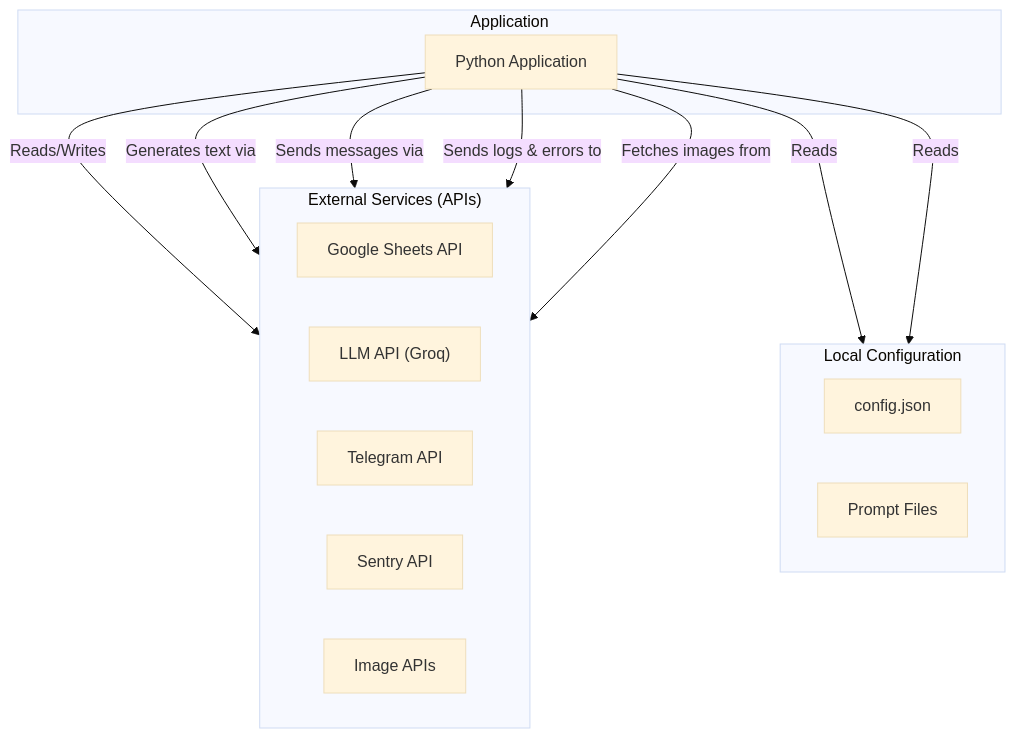
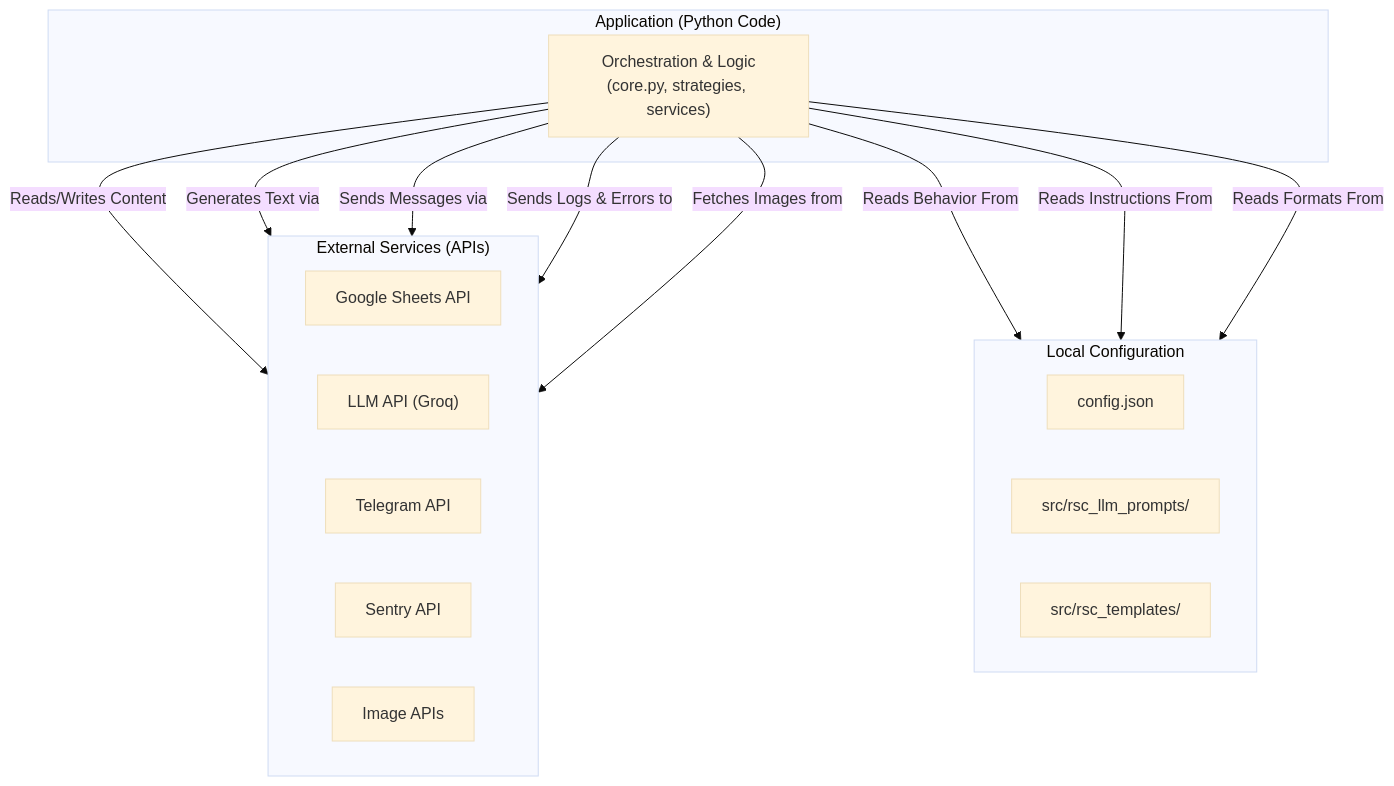
The first of 4 diagrams in docs/assets/bot_flow.md (OpenXFlow/PulserBot), drawn with Mermaid (base theme) before and after one commit. The commit also changed other lines of this file and 113 other files, not shown here.

First line of the commit message:
feat(architecture): Major refactor to Handler architecture and add new features

````diff
--- a/docs/assets/bot_flow.md
+++ b/docs/assets/bot_flow.md
@@ -22,29 +21,31 @@
 ```mermaid
 graph TD
-    subgraph "Application"
-        App["Python Application"]
+    subgraph "Application (Python Code)"
+        App["Orchestration & Logic<br>(core.py, strategies, services)"]
     end
 
     subgraph "Local Configuration"
         direction LR
         Config["config.json"]
-        Prompts["Prompt Files"]
+        Prompts["src/rsc_llm_prompts/"]
+        Templates["src/rsc_templates/"]
     end
 
     subgraph "External Services (APIs)"
         direction LR
         GSheets["Google Sheets API"]
         LLM["LLM API (Groq)"]
         Telegram["Telegram API"]
         Sentry["Sentry API"]
         Images["Image APIs"]
     end
 
-    App -- "Reads" --> Config
-    App -- "Reads" --> Prompts
-    App -- "Reads/Writes" --> GSheets
-    App -- "Generates text via" --> LLM
-    App -- "Sends messages via" --> Telegram
-    App -- "Sends logs & errors to" --> Sentry
-    App -- "Fetches images from" --> Images
+    App -- "Reads Behavior From" --> Config
+    App -- "Reads Instructions From" --> Prompts
+    App -- "Reads Formats From" --> Templates
+    App -- "Reads/Writes Content" --> GSheets
+    App -- "Generates Text via" --> LLM
+    App -- "Sends Messages via" --> Telegram
+    App -- "Sends Logs & Errors to" --> Sentry
+    App -- "Fetches Images from" --> Images
 ```
````
